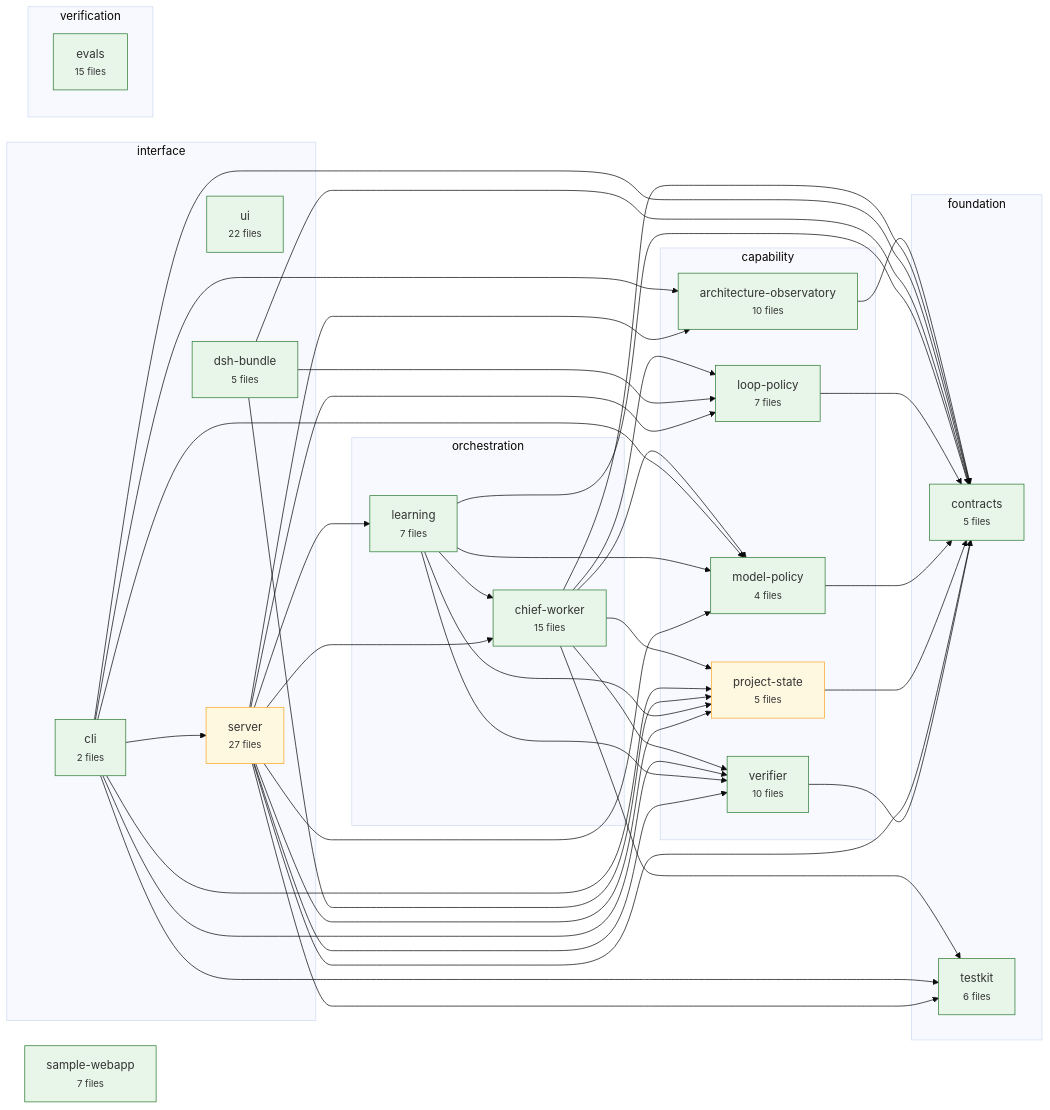
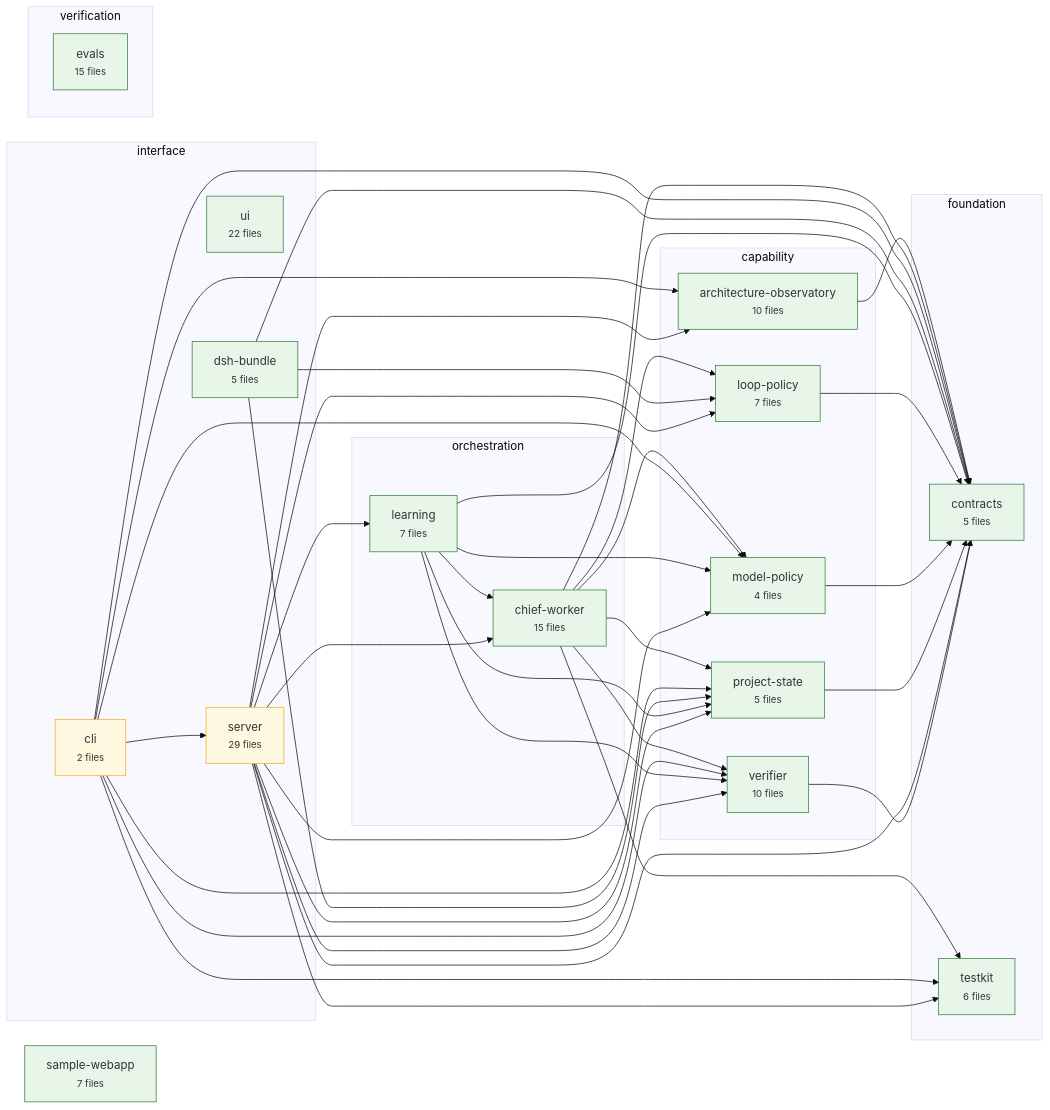
Before and after one commit to CharAzinabulu0079/dgx-super-agent: the diagram in .architecture/graph.mmd, drawn with Mermaid (base theme). The commit also changed 10 other files, not shown here.

```diff
--- a/.architecture/graph.mmd
+++ b/.architecture/graph.mmd
@@ -1,81 +1,81 @@
 flowchart LR
   subgraph layer_foundation["foundation"]
     contracts["contracts<br/><small>5 files</small>"]
     testkit["testkit<br/><small>6 files</small>"]
   end
   subgraph layer_capability["capability"]
     project_state["project-state<br/><small>5 files</small>"]
     verifier["verifier<br/><small>10 files</small>"]
     loop_policy["loop-policy<br/><small>7 files</small>"]
     model_policy["model-policy<br/><small>4 files</small>"]
     architecture_observatory["architecture-observatory<br/><small>10 files</small>"]
   end
   subgraph layer_orchestration["orchestration"]
     learning["learning<br/><small>7 files</small>"]
     chief_worker["chief-worker<br/><small>15 files</small>"]
   end
   subgraph layer_interface["interface"]
-    server["server<br/><small>27 files</small>"]
+    server["server<br/><small>29 files</small>"]
     cli["cli<br/><small>2 files</small>"]
     ui["ui<br/><small>22 files</small>"]
     dsh_bundle["dsh-bundle<br/><small>5 files</small>"]
   end
   subgraph layer_verification["verification"]
     evals["evals<br/><small>15 files</small>"]
   end
   sample_webapp["sample-webapp<br/><small>7 files</small>"]
   architecture_observatory --> contracts
   chief_worker --> contracts
   chief_worker --> loop_policy
   chief_worker --> model_policy
   chief_worker --> project_state
   chief_worker --> testkit
   chief_worker --> verifier
   cli --> architecture_observatory
   cli --> contracts
   cli --> model_policy
   cli --> project_state
   cli --> server
   cli --> testkit
   cli --> verifier
   dsh_bundle --> contracts
   dsh_bundle --> loop_policy
   dsh_bundle --> project_state
   learning --> chief_worker
   learning --> contracts
   learning --> model_policy
   learning --> project_state
   learning --> verifier
   loop_policy --> contracts
   model_policy --> contracts
   project_state --> contracts
   server --> architecture_observatory
   server --> chief_worker
   server --> contracts
   server --> learning
   server --> loop_policy
   server --> model_policy
   server --> project_state
   server --> testkit
   server --> verifier
   verifier --> contracts
   classDef stable fill:#e8f5e9,stroke:#2e7d32
   classDef changing fill:#fff8e1,stroke:#f9a825
   classDef worker_active fill:#e3f2fd,stroke:#1565c0
   classDef gate_failed fill:#ffebee,stroke:#c62828
   classDef protected stroke:#6a1b9a,stroke-width:3px
   class contracts stable
   class testkit stable
-  class project_state changing
+  class project_state stable
   class verifier stable
   class loop_policy stable
   class model_policy stable
   class architecture_observatory stable
   class learning stable
   class chief_worker stable
   class server changing
-  class cli stable
+  class cli changing
   class ui stable
   class dsh_bundle stable
   class evals stable
   class sample_webapp stable
```
